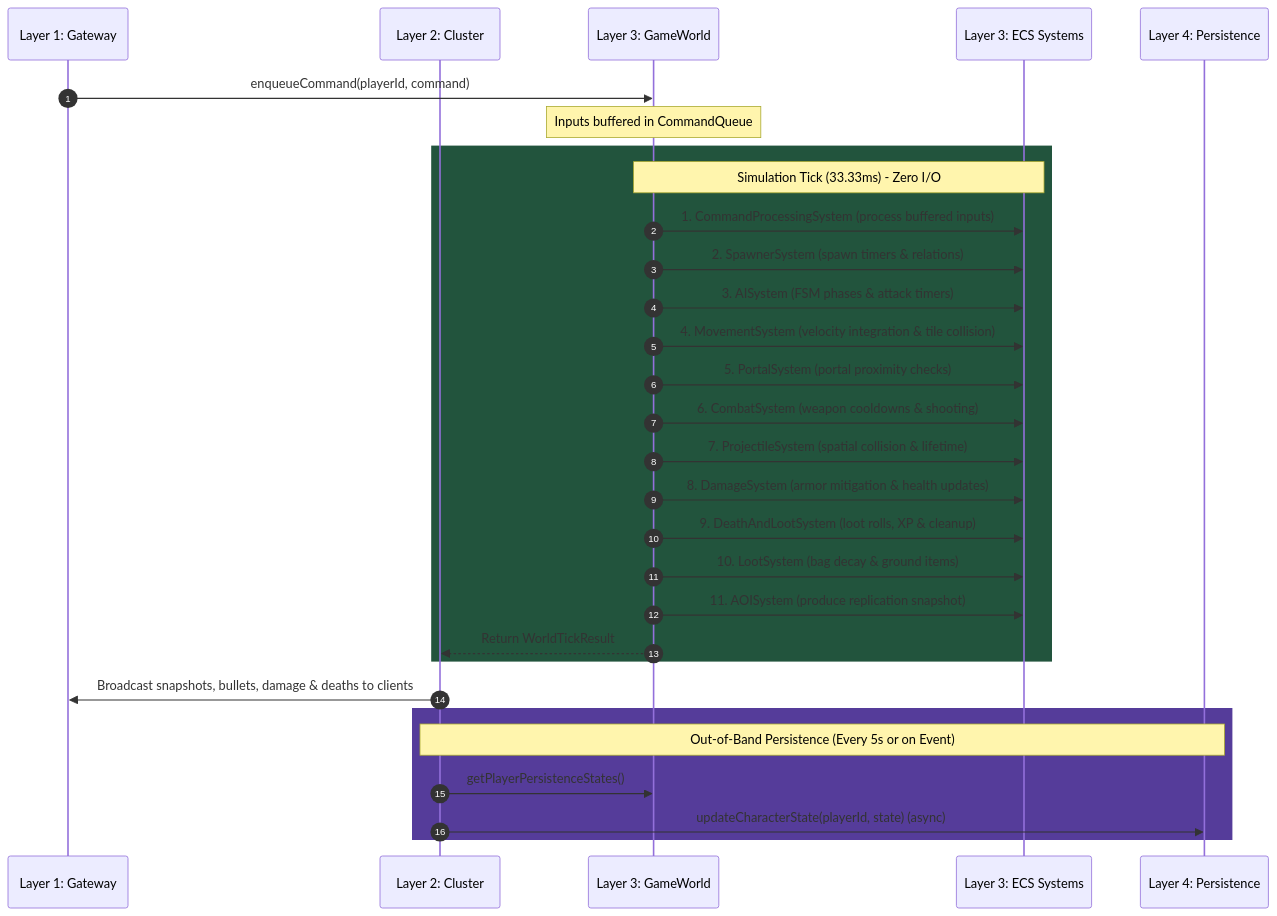
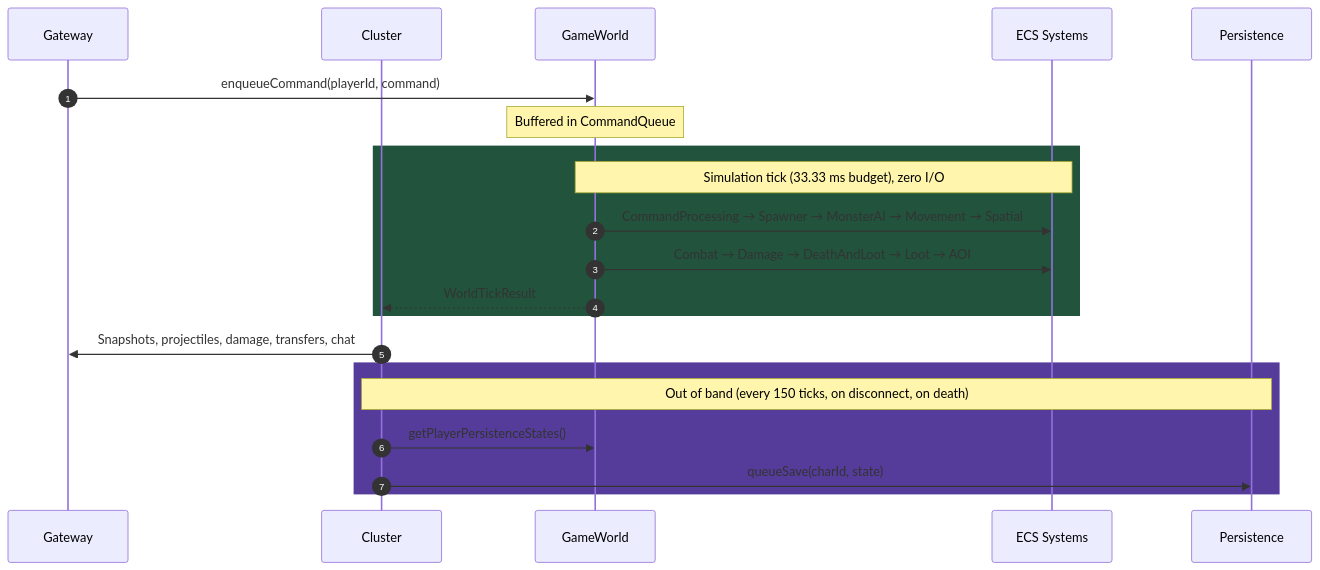
One commit to bigabig/mmoexile changed the second of 4 diagrams in docs/ARCHITECTURE.md. Above: the diagram before and after it, drawn with Mermaid. The commit also changed other lines of this file and 3 other files, not shown here.

First line of the commit message:
S0.8: Rewrite architecture doc and README for the new layout

````diff
--- a/docs/ARCHITECTURE.md
+++ b/docs/ARCHITECTURE.md
@@ -115,36 +124,27 @@
 ```mermaid
 sequenceDiagram
     autonumber
-    participant Gateway as Layer 1: Gateway
-    participant Cluster as Layer 2: Cluster
-    participant World as Layer 3: GameWorld
-    participant Systems as Layer 3: ECS Systems
-    participant Persistence as Layer 4: Persistence
+    participant Gateway
+    participant Cluster
+    participant World as GameWorld
+    participant Systems as ECS Systems
+    participant Persistence
 
     Gateway->>World: enqueueCommand(playerId, command)
-    Note over World: Inputs buffered in CommandQueue
+    Note over World: Buffered in CommandQueue
 
     rect rgb(34, 84, 61)
-        Note over World,Systems: Simulation Tick (33.33ms) - Zero I/O
-        World->>Systems: 1. CommandProcessingSystem (process buffered inputs)
-        World->>Systems: 2. SpawnerSystem (spawn timers & relations)
-        World->>Systems: 3. AISystem (FSM phases & attack timers)
-        World->>Systems: 4. MovementSystem (velocity integration & tile collision)
-        World->>Systems: 5. PortalSystem (portal proximity checks)
-        World->>Systems: 6. CombatSystem (weapon cooldowns & shooting)
-        World->>Systems: 7. ProjectileSystem (spatial collision & lifetime)
-        World->>Systems: 8. DamageSystem (armor mitigation & health updates)
-        World->>Systems: 9. DeathAndLootSystem (loot rolls, XP & cleanup)
-        World->>Systems: 10. LootSystem (bag decay & ground items)
-        World->>Systems: 11. AOISystem (produce replication snapshot)
-        World-->>Cluster: Return WorldTickResult
+        Note over World,Systems: Simulation tick (33.33 ms budget), zero I/O
+        World->>Systems: CommandProcessing → Spawner → MonsterAI → Movement → Spatial
+        World->>Systems: Combat → Damage → DeathAndLoot → Loot → AOI
+        World-->>Cluster: WorldTickResult
     end
 
-    Cluster->>Gateway: Broadcast snapshots, bullets, damage & deaths to clients
-    
+    Cluster->>Gateway: Snapshots, projectiles, damage, transfers, chat
+
     rect rgb(85, 60, 154)
-        Note over Cluster,Persistence: Out-of-Band Persistence (Every 5s or on Event)
+        Note over Cluster,Persistence: Out of band (every 150 ticks, on disconnect, on death)
         Cluster->>World: getPlayerPersistenceStates()
-        Cluster->>Persistence: updateCharacterState(playerId, state) (async)
+        Cluster->>Persistence: queueSave(charId, state)
     end
 ```
````
